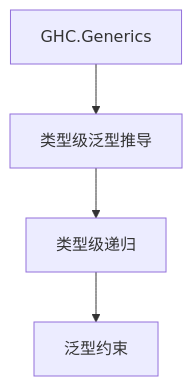
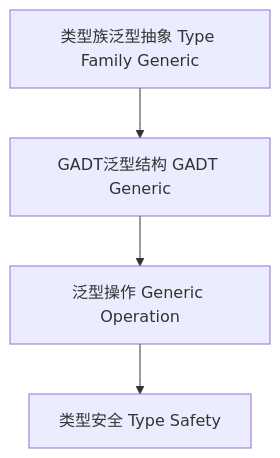
One commit to AdaMartin18010/haskell changed the diagram in docs/analysis/Type/01-Type-Level-Generic.md. Above: the diagram before and after it, drawn with Mermaid. The commit also changed other lines of this file and 5 other files, not shown here.

````diff
--- a/docs/analysis/Type/01-Type-Level-Generic.md
+++ b/docs/analysis/Type/01-Type-Level-Generic.md
@@ -72,6 +61,6 @@
 ```mermaid
 graph TD
-  A[GHC.Generics] --> B[类型级泛型推导]
-  B --> C[类型级递归]
-  C --> D[泛型约束]
+  A[类型族泛型抽象 Type Family Generic] --> B[GADT泛型结构 GADT Generic]
+  B --> C[泛型操作 Generic Operation]
+  C --> D[类型安全 Type Safety]
 ```
````
